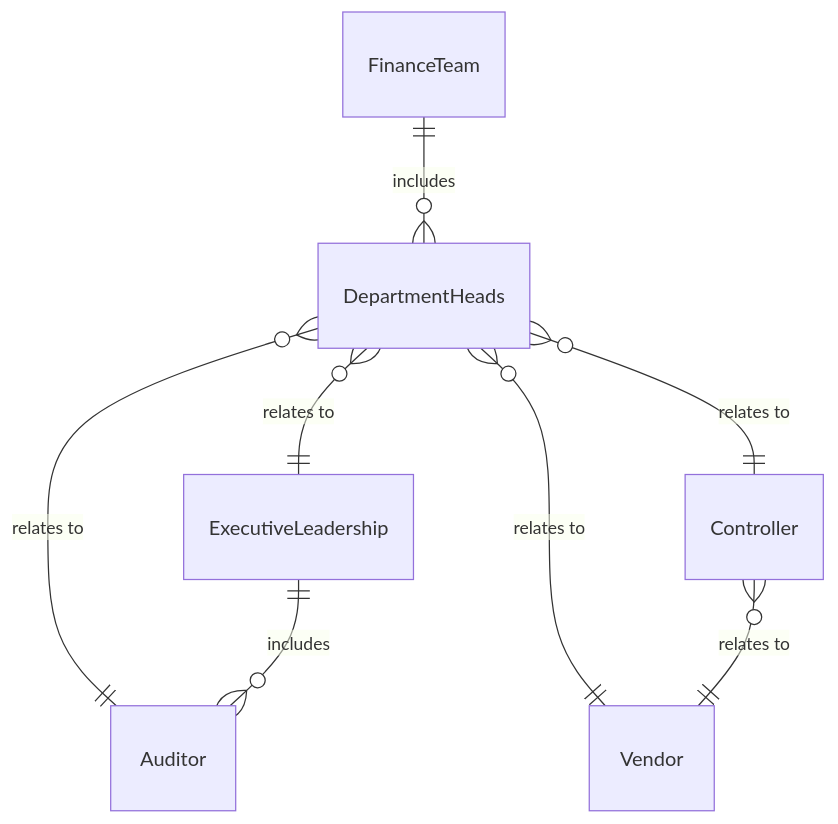
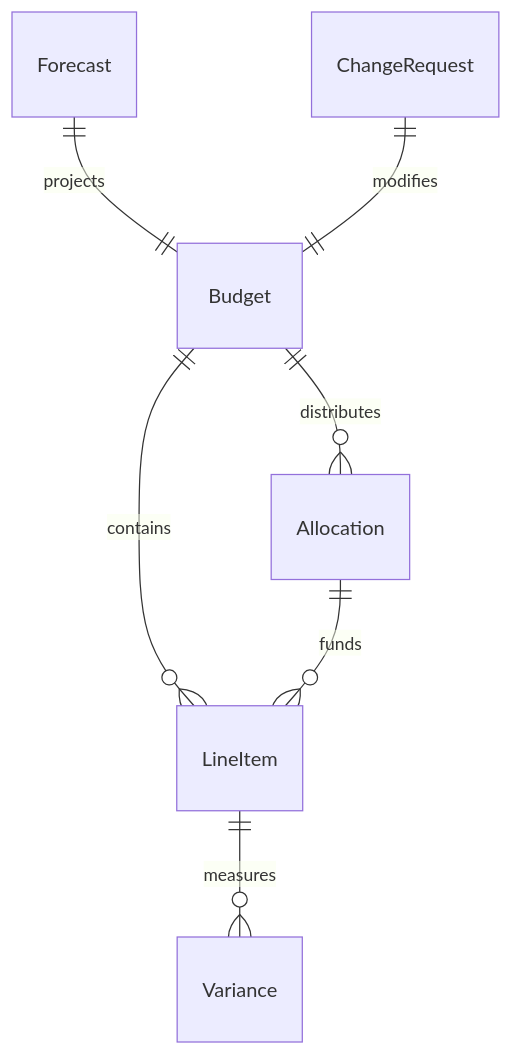
The first of 4 diagrams in GuidingDirectingAndMotivatingSubordinates/ManageBudgetsOrFinances/ManageOrganizationalProjectBudgets.mdx (dot-org-ai/tasks.org.ai), drawn with Mermaid before and after one commit. The commit also changed other lines of this file and 515 other files, not shown here.

````diff
--- a/GuidingDirectingAndMotivatingSubordinates/ManageBudgetsOrFinances/ManageOrganizationalProjectBudgets.mdx
+++ b/GuidingDirectingAndMotivatingSubordinates/ManageBudgetsOrFinances/ManageOrganizationalProjectBudgets.mdx
@@ -89,10 +89,9 @@
 ```mermaid
 erDiagram
-    FinanceTeam ||--o{ DepartmentHeads : includes
-    DepartmentHeads }o--|| ExecutiveLeadership : "relates to"
-    DepartmentHeads }o--|| Auditor : "relates to"
-    DepartmentHeads }o--|| Controller : "relates to"
-    DepartmentHeads }o--|| Vendor : "relates to"
-    ExecutiveLeadership ||--o{ Auditor : includes
-    Controller }o--|| Vendor : "relates to"
+    Budget ||--o{ LineItem : "contains"
+    Budget ||--o{ Allocation : "distributes"
+    LineItem ||--o{ Variance : "measures"
+    Forecast ||--|| Budget : "projects"
+    ChangeRequest ||--|| Budget : "modifies"
+    Allocation ||--o{ LineItem : "funds"
 ```
````
